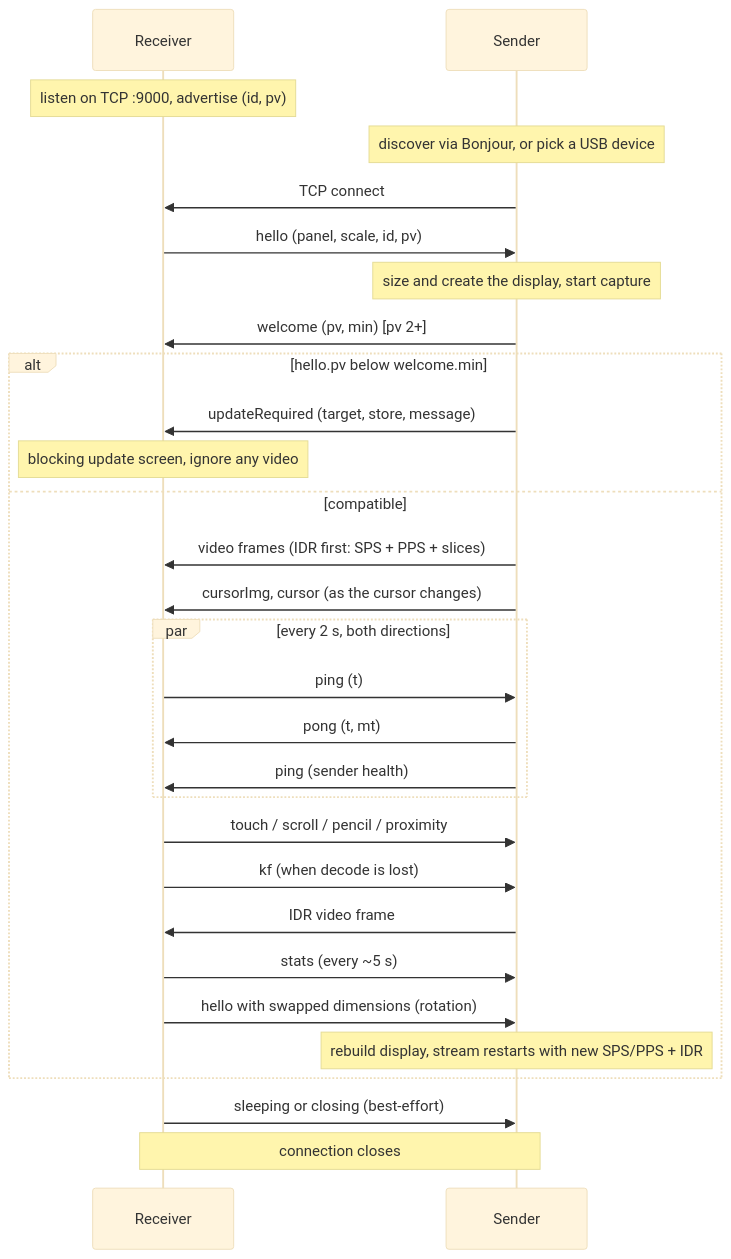
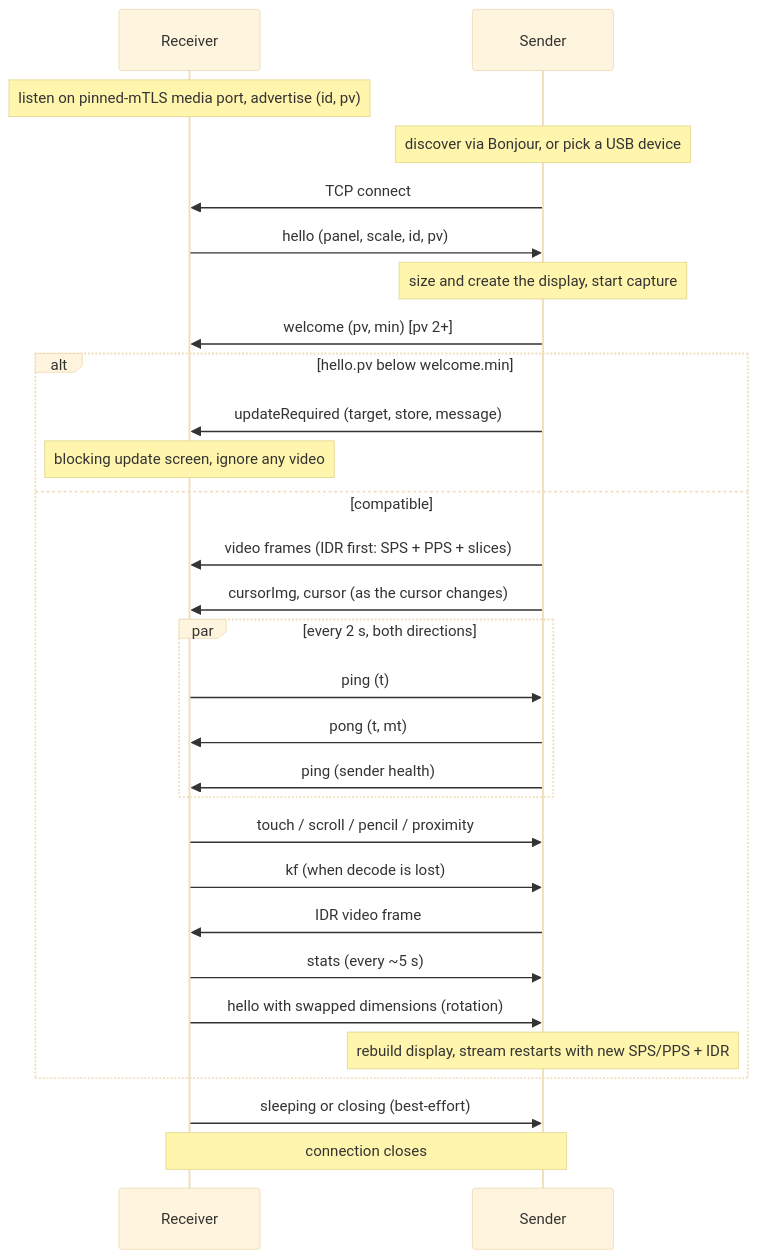
The diagram in PROTOCOL.md (raiseCatError/meowdisplay), drawn with Mermaid (base theme) before and after one commit. The commit also changed other lines of this file and 11 other files, not shown here.

````diff
--- a/PROTOCOL.md
+++ b/PROTOCOL.md
@@ -1016,31 +986,31 @@
 ```mermaid
 sequenceDiagram
     participant R as Receiver
     participant S as Sender
-    Note over R: listen on TCP :9000, advertise (id, pv)
+    Note over R: listen on pinned-mTLS media port, advertise (id, pv)
     Note over S: discover via Bonjour, or pick a USB device
     S->>R: TCP connect
     R->>S: hello (panel, scale, id, pv)
     Note over S: size and create the display, start capture
     S->>R: welcome (pv, min) [pv 2+]
     alt hello.pv below welcome.min
         S->>R: updateRequired (target, store, message)
         Note over R: blocking update screen, ignore any video
     else compatible
         S->>R: video frames (IDR first: SPS + PPS + slices)
         S->>R: cursorImg, cursor (as the cursor changes)
         par every 2 s, both directions
             R->>S: ping (t)
             S->>R: pong (t, mt)
             S->>R: ping (sender health)
         end
         R->>S: touch / scroll / pencil / proximity
         R->>S: kf (when decode is lost)
         S->>R: IDR video frame
         R->>S: stats (every ~5 s)
         R->>S: hello with swapped dimensions (rotation)
         Note over S: rebuild display, stream restarts with new SPS/PPS + IDR
     end
     R->>S: sleeping or closing (best-effort)
     Note over R,S: connection closes
 ```
````
